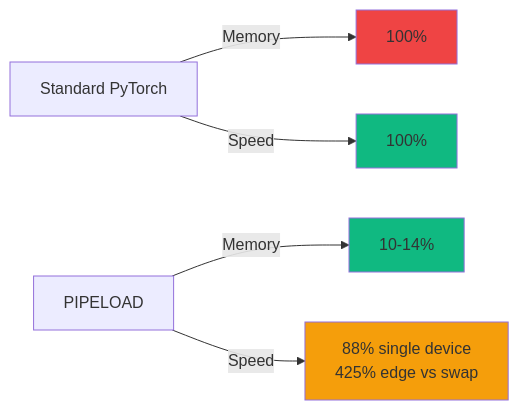
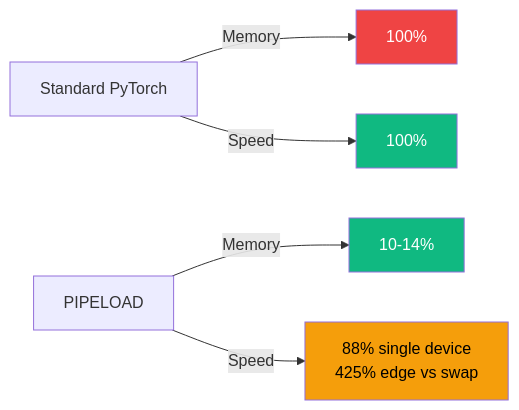
One commit to williamzujkowski/williamzujkowski.github.io changed the second of 2 diagrams in src/posts/2024-09-15-running-llama-raspberry-pi-pipeload.md. Above: the diagram before and after it, drawn with Mermaid. The commit also changed other lines of this file and 40 other files, not shown here.

First line of the commit message:
fix(blog): add explicit text color to all mermaid classDef/style (#171)

````diff
--- a/src/posts/2024-09-15-running-llama-raspberry-pi-pipeload.md
+++ b/src/posts/2024-09-15-running-llama-raspberry-pi-pipeload.md
@@ -330,16 +330,16 @@
 ```mermaid
 flowchart LR
     A[Standard PyTorch] -->|Memory| B[100%]
     A -->|Speed| C[100%]
     D[PIPELOAD] -->|Memory| E[10-14%]
     D -->|Speed| F[88% single device<br/>425% edge vs swap]
 
-    classDef highMemStyle fill:#ef4444
-    classDef lowMemStyle fill:#10b981
-    classDef highSpeedStyle fill:#10b981
-    classDef medSpeedStyle fill:#f59e0b
+    classDef highMemStyle fill:#ef4444,color:#fff
+    classDef lowMemStyle fill:#10b981,color:#fff
+    classDef highSpeedStyle fill:#10b981,color:#fff
+    classDef medSpeedStyle fill:#f59e0b,color:#000
     class B highMemStyle
     class E lowMemStyle
     class C highSpeedStyle
     class F medSpeedStyle
 ```
````
